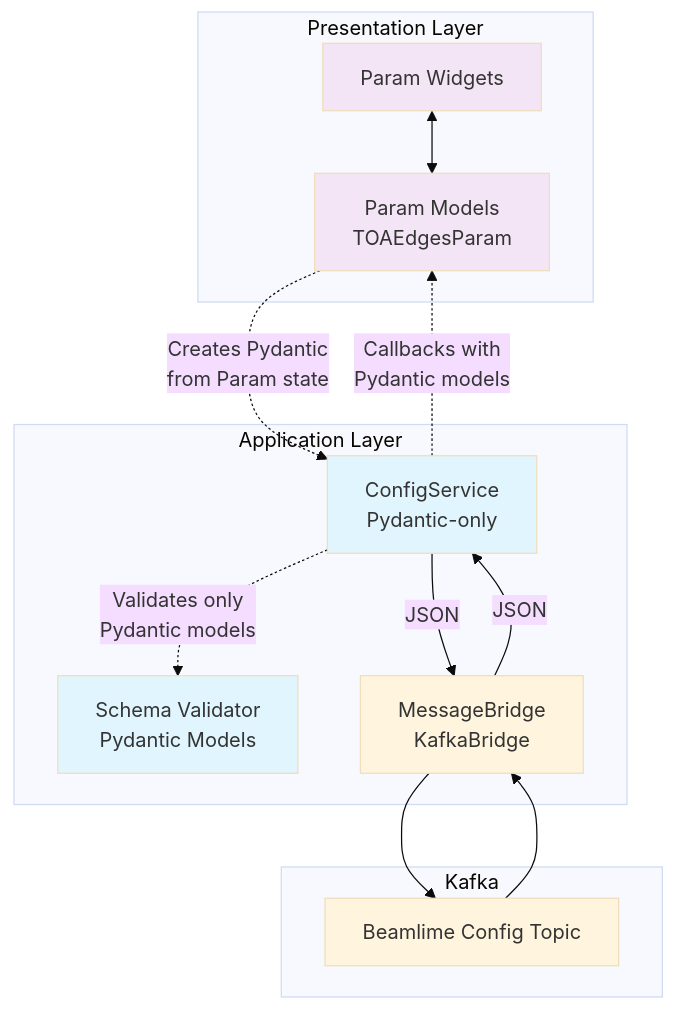
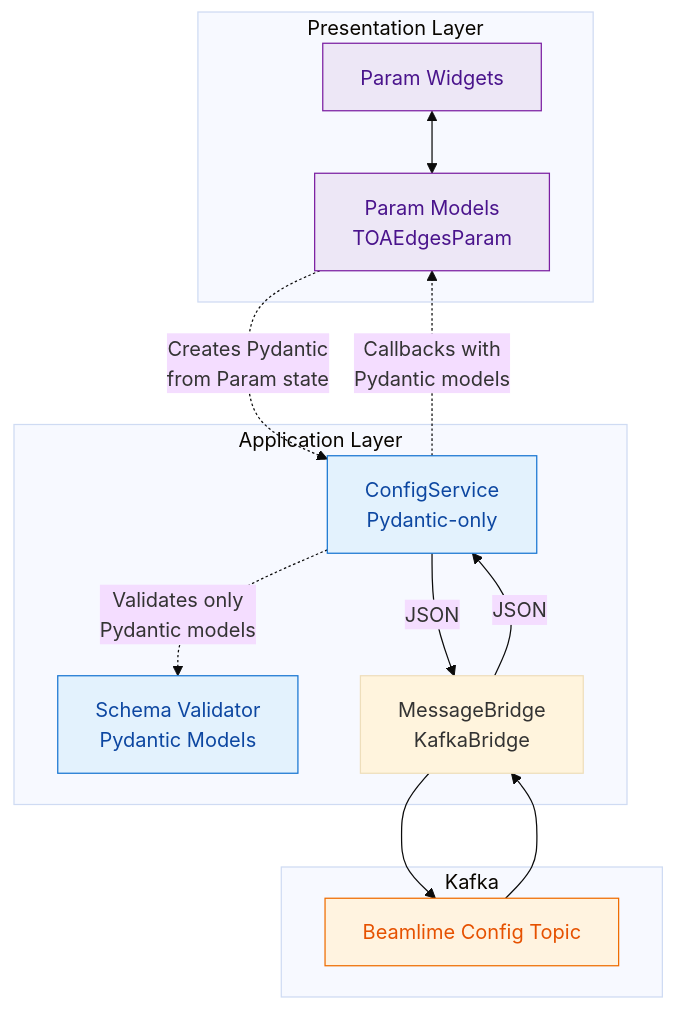
The third of 8 diagrams in docs/developer/design/dashboard-architecture.md (scipp/beamlime), drawn with Mermaid (base theme) before and after one commit. The commit also changed other lines of this file, not shown here.

````diff
--- a/docs/developer/design/dashboard-architecture.md
+++ b/docs/developer/design/dashboard-architecture.md
@@ -120,32 +136,33 @@
 ```mermaid
 graph TB
     subgraph "Presentation Layer"
         PW[Param Widgets]
         PM[Param Models<br/>TOAEdgesParam]
     end
 
     subgraph "Application Layer"
         CS[ConfigService<br/>Pydantic-only]
         SV[Schema Validator<br/>Pydantic Models]
         MB[MessageBridge<br/>KafkaBridge]
     end
 
     subgraph "Kafka"
         KT[Beamlime Config Topic]
     end
 
     PW <--> PM
     PM -.->|"Creates Pydantic<br/>from Param state"| CS
     CS -.->|"Validates only<br/>Pydantic models"| SV
     CS -- JSON --> MB
     MB  --> KT
     KT  --> MB
     MB -- JSON --> CS
     CS -.->|"Callbacks with<br/>Pydantic models"| PM
 
-    classDef pydantic fill:#e1f5fe
-    classDef param fill:#f3e5f5
-
+    classDef pydantic fill:#e3f2fd,stroke:#1976d2,color:#0d47a1;
+    classDef param fill:#ede7f6,stroke:#7b1fa2,color:#4a148c;
+    classDef kafka fill:#fff3e0,stroke:#ef6c00,color:#e65100;
     class CS,SV pydantic
     class PM,PW param
+    class KT kafka
 ```
````
